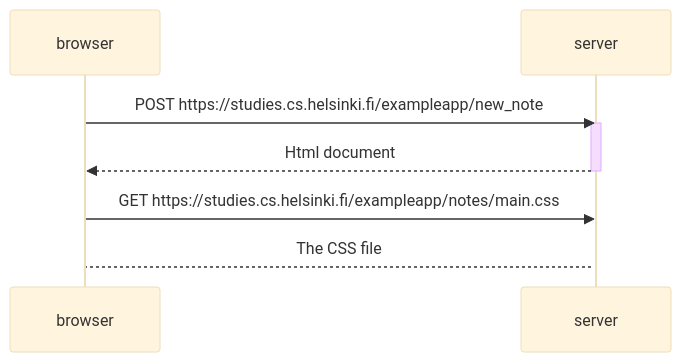
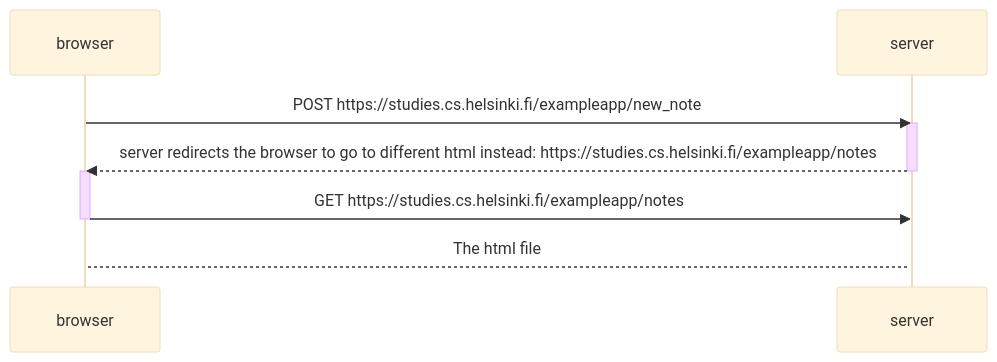
Before and after one commit to TegelVee/Fullstack_exerciserepo: the diagram in osa0/sequencechart.md, drawn with Mermaid (base theme).

````diff
--- a/osa0/sequencechart.md
+++ b/osa0/sequencechart.md
@@ -3,14 +3,16 @@
 ```mermaid
 sequenceDiagram
   participant browser
   participant server
   browser->>server: POST https://studies.cs.helsinki.fi/exampleapp/new_note
   activate server
-  server-->>browser: Html document
+  server-->>browser: server redirects the browser to go to different html instead: https://studies.cs.helsinki.fi/exampleapp/notes 
   deactivate server
-
-  browser->>server: GET https://studies.cs.helsinki.fi/exampleapp/notes/main.css
+  
+  activate browser
+  browser->>server: GET https://studies.cs.helsinki.fi/exampleapp/notes
+  deactivate browser
   activate server
-  server-->browser: The CSS file
+  server-->browser: The html file
 
 ```
````
